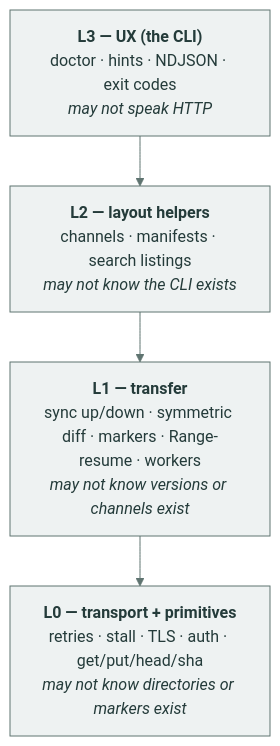
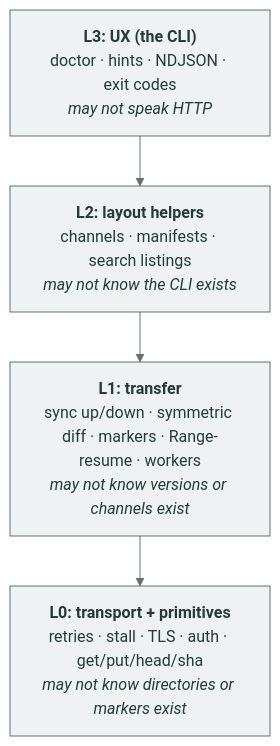
Before and after one commit to Lipen/nexus-raw: the first of 3 diagrams in docs/explanation/design.md, drawn with Mermaid. The commit also changed other lines of this file and 11 other files, not shown here.

````diff
--- a/docs/explanation/design.md
+++ b/docs/explanation/design.md
@@ -32,11 +32,11 @@
 ```mermaid
 %%{init: {"theme": "base", "themeVariables": {"primaryColor": "#eef2f2", "primaryTextColor": "#243b3a", "primaryBorderColor": "#5f7470", "lineColor": "#5f7470", "fontFamily": "inherit"}}}%%
 flowchart TB
-    L3["<b>L3 — UX (the CLI)</b><br/>doctor · hints · NDJSON · exit codes<br/><i>may not speak HTTP</i>"]
-    L2["<b>L2 — layout helpers</b><br/>channels · manifests · search listings<br/><i>may not know the CLI exists</i>"]
-    L1["<b>L1 — transfer</b><br/>sync up/down · symmetric diff · markers · Range-resume · workers<br/><i>may not know versions or channels exist</i>"]
-    L0["<b>L0 — transport + primitives</b><br/>retries · stall · TLS · auth · get/put/head/sha<br/><i>may not know directories or markers exist</i>"]
+    L3["<b>L3: UX (the CLI)</b><br/>doctor · hints · NDJSON · exit codes<br/><i>may not speak HTTP</i>"]
+    L2["<b>L2: layout helpers</b><br/>channels · manifests · search listings<br/><i>may not know the CLI exists</i>"]
+    L1["<b>L1: transfer</b><br/>sync up/down · symmetric diff · markers · Range-resume · workers<br/><i>may not know versions or channels exist</i>"]
+    L0["<b>L0: transport + primitives</b><br/>retries · stall · TLS · auth · get/put/head/sha<br/><i>may not know directories or markers exist</i>"]
     L3 --> L2
     L2 --> L1
     L1 --> L0
 ```
````
